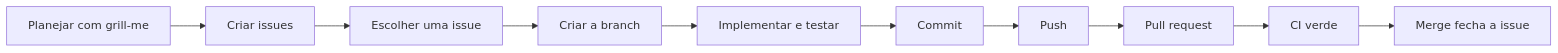
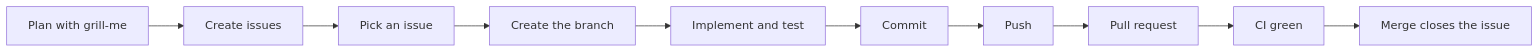
Before and after one commit to supermercado-baratao/cotacoes: the diagram in docs/development-workflow.md, drawn with Mermaid. The commit also changed other lines of this file and 8 other files, not shown here.

````diff
--- a/docs/development-workflow.md
+++ b/docs/development-workflow.md
@@ -5,12 +5,12 @@
 ```mermaid
 flowchart LR
-  A[Planejar com grill-me] --> B[Criar issues]
-  B --> C[Escolher uma issue]
-  C --> D[Criar a branch]
-  D --> E[Implementar e testar]
+  A[Plan with grill-me] --> B[Create issues]
+  B --> C[Pick an issue]
+  C --> D[Create the branch]
+  D --> E[Implement and test]
   E --> F[Commit]
   F --> G[Push]
   G --> H[Pull request]
-  H --> CI[CI verde]
-  CI --> I[Merge fecha a issue]
+  H --> CI[CI green]
+  CI --> I[Merge closes the issue]
 ```
````
